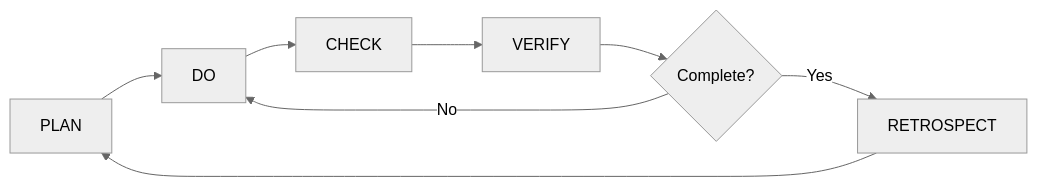
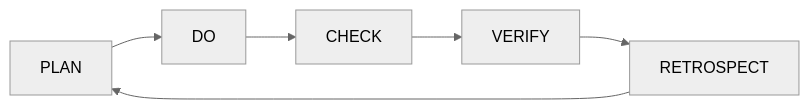
Before and after one commit to nilukush/plan-do-check-verify-retrospect: the diagram in README.md, drawn with Mermaid (neutral theme).

Commit message:
Fix workflow diagram - remove Complete? decision point
- Remove {Complete?} decision diamond from workflow diagram
- RETROSPECT phase should always occur, not conditional on completion
- Simplify diagram to show linear flow: PLAN → DO → CHECK → VERIFY → RETROSPECT → (cycle continues)
- The CHECK and VERIFY phases handle completeness verification

🤖 Generated with [Claude Code](https://claude.com/claude-code)

````diff
--- a/README.md
+++ b/README.md
@@ -39,10 +39,8 @@
 ```mermaid
 graph LR
     A[PLAN] --> B[DO]
     B --> C[CHECK]
     C --> D[VERIFY]
-    D --> E{Complete?}
-    E -->|No| B
-    E -->|Yes| F[RETROSPECT]
-    F --> A
+    D --> E[RETROSPECT]
+    E --> A
 ```
````
